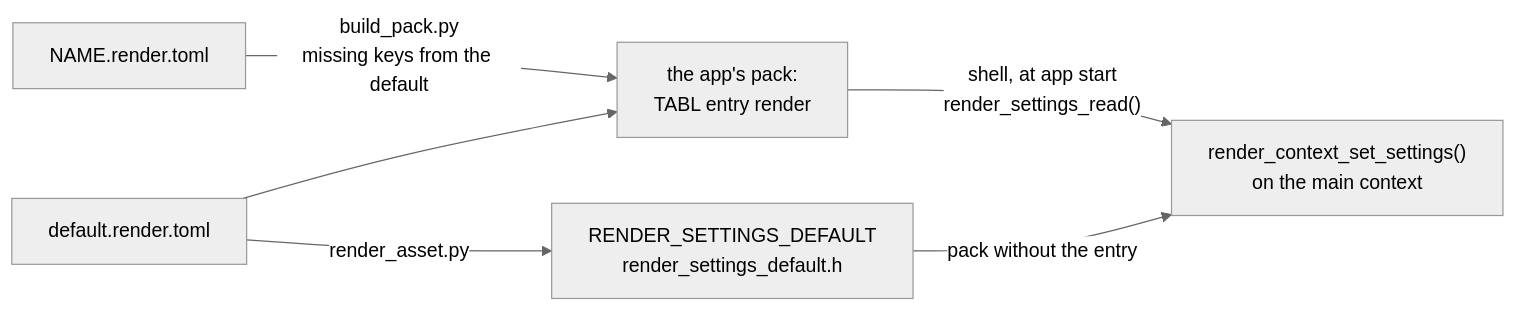
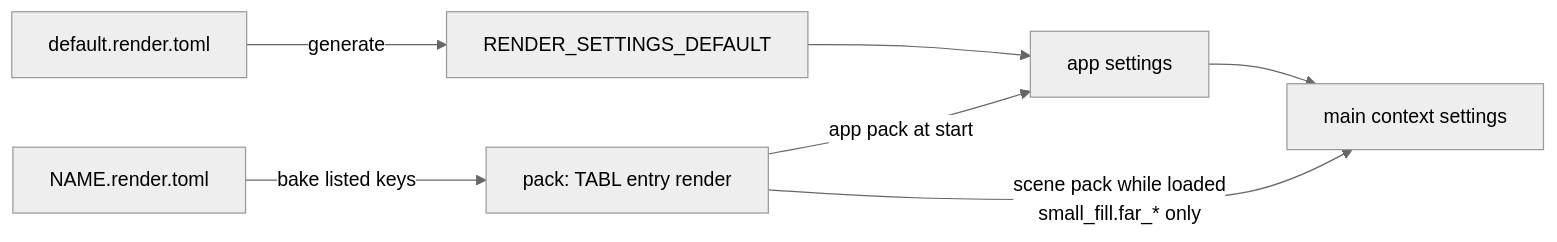
One commit to jose-villegas/autana changed the second of 4 diagrams in docs/render/Render-Settings.md. Above: the diagram before and after it, drawn with Mermaid (neutral theme). The commit also changed other lines of this file and 15 other files, not shown here.

Commit message:
render: compose partial scene settings over app settings

````diff
--- a/docs/render/Render-Settings.md
+++ b/docs/render/Render-Settings.md
@@ -190,8 +194,9 @@
 ```mermaid
 flowchart LR
-    Default["default.render.toml"] -->|render_asset.py| Header["RENDER_SETTINGS_DEFAULT<br/>render_settings_default.h"]
-    File["NAME.render.toml"] -->|"build_pack.py<br/>missing keys from the default"| Entry["the app's pack:<br/>TABL entry render"]
-    Default --> Entry
-    Entry -->|"shell, at app start<br/>render_settings_read()"| Context["render_context_set_settings()<br/>on the main context"]
-    Header -->|"pack without the entry"| Context
+    Default["default.render.toml"] -->|generate| Base["RENDER_SETTINGS_DEFAULT"]
+    File["NAME.render.toml"] -->|"bake listed keys"| Entry["pack: TABL entry render"]
+    Base --> App["app settings"]
+    Entry -->|"app pack at start"| App
+    App --> Context["main context settings"]
+    Entry -->|"scene pack while loaded<br/>small_fill.far_* only"| Context
 ```
````
